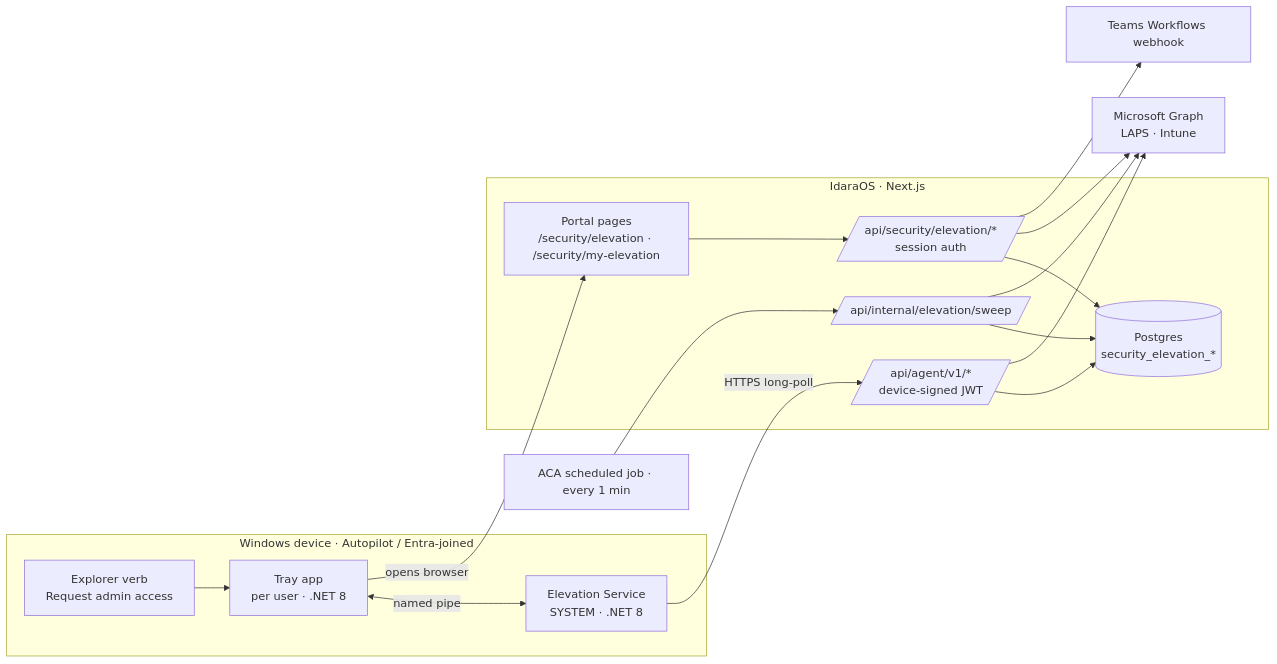
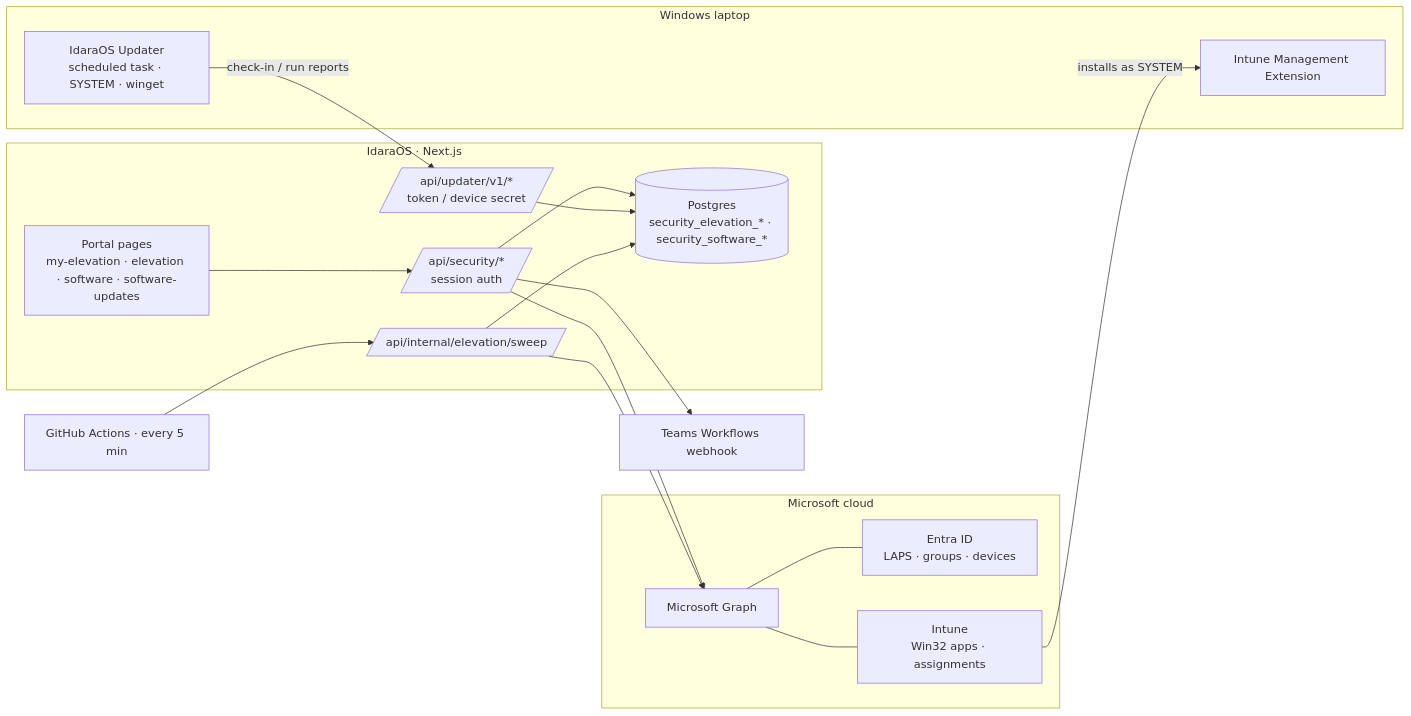
The first of 2 diagrams in docs/modules/security/elevation-architecture.md (stellarsoft-tech/IdaraOS), drawn with Mermaid before and after one commit. The commit also changed other lines of this file and 65 other files, not shown here.

First line of the commit message:
feat(security): approved software, Intune installs and winget updater (Phase 2)

````diff
--- a/docs/modules/security/elevation-architecture.md
+++ b/docs/modules/security/elevation-architecture.md
@@ -22,32 +35,35 @@
 ```mermaid
 graph LR
-    subgraph Device [Windows device · Autopilot / Entra-joined]
-        Tray[Tray app<br/>per user · .NET 8]
-        Shell[Explorer verb<br/>Request admin access]
-        Svc[Elevation Service<br/>SYSTEM · .NET 8]
-        Shell --> Tray
-        Tray <-- named pipe --> Svc
-    end
-
     subgraph IdaraOS [IdaraOS · Next.js]
-        Portal[Portal pages<br/>/security/elevation · /security/my-elevation]
-        UserAPI[/api/security/elevation/*<br/>session auth/]
-        AgentAPI[/api/agent/v1/*<br/>device-signed JWT/]
+        Portal[Portal pages<br/>my-elevation · elevation · software · software-updates]
+        API[/api/security/*<br/>session auth/]
+        UpdaterAPI[/api/updater/v1/*<br/>token / device secret/]
         Sweep[/api/internal/elevation/sweep/]
-        DB[(Postgres<br/>security_elevation_*)]
-        Portal --> UserAPI --> DB
-        AgentAPI --> DB
+        DB[(Postgres<br/>security_elevation_* · security_software_*)]
+        Portal --> API --> DB
+        UpdaterAPI --> DB
         Sweep --> DB
     end
 
-    Graph[Microsoft Graph<br/>LAPS · Intune]
+    subgraph Microsoft [Microsoft cloud]
+        Graph[Microsoft Graph]
+        Entra[Entra ID<br/>LAPS · groups · devices]
+        Intune[Intune<br/>Win32 apps · assignments]
+        Graph --- Entra
+        Graph --- Intune
+    end
+
+    subgraph Device [Windows laptop]
+        IME[Intune Management Extension]
+        Updater[IdaraOS Updater<br/>scheduled task · SYSTEM · winget]
+    end
+
     Teams[Teams Workflows webhook]
+    Cron[GitHub Actions · every 5 min] --> Sweep
 
-    Svc -- HTTPS long-poll --> AgentAPI
-    Tray -- opens browser --> Portal
-    UserAPI --> Graph
-    AgentAPI --> Graph
+    API --> Graph
     Sweep --> Graph
-    UserAPI --> Teams
-    Cron[ACA scheduled job · every 1 min] --> Sweep
+    API --> Teams
+    Intune -- installs as SYSTEM --> IME
+    Updater -- check-in / run reports --> UpdaterAPI
 ```
````
